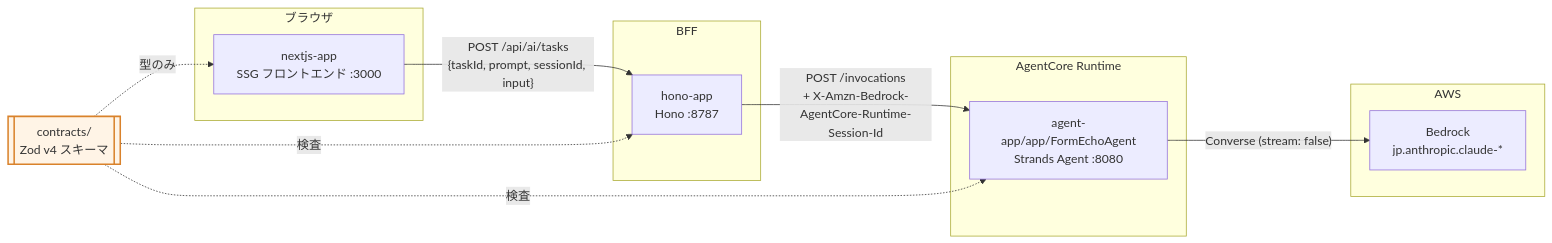
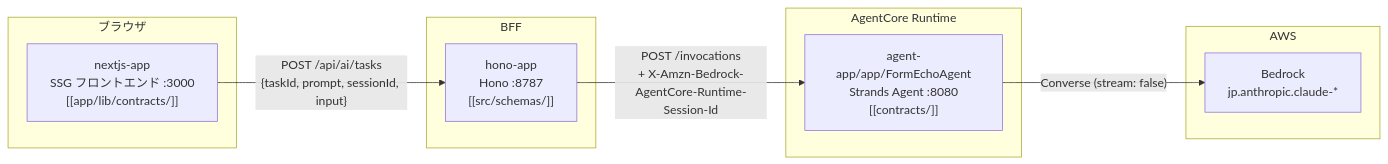
One commit to ag-ke-nakamura/form-echo-agent changed the first of 8 diagrams in docs/architecture.md. Above: the diagram before and after it, drawn with Mermaid. The commit also changed other lines of this file and 23 other files, not shown here.

````diff
--- a/docs/architecture.md
+++ b/docs/architecture.md
@@ -9,31 +9,22 @@
 ```mermaid
 graph LR
     subgraph browser["ブラウザ"]
-        UI["nextjs-app<br/>SSG フロントエンド :3000"]
+        UI["nextjs-app<br/>SSG フロントエンド :3000<br/>[[app/lib/contracts/]]"]
     end
 
     subgraph bff_box["BFF"]
-        BFF["hono-app<br/>Hono :8787"]
+        BFF["hono-app<br/>Hono :8787<br/>[[src/schemas/]]"]
     end
 
     subgraph runtime_box["AgentCore Runtime"]
-        RT["agent-app/app/FormEchoAgent<br/>Strands Agent :8080"]
+        RT["agent-app/app/FormEchoAgent<br/>Strands Agent :8080<br/>[[contracts/]]"]
     end
 
     subgraph aws["AWS"]
         BR["Bedrock<br/>jp.anthropic.claude-*"]
     end
 
-    CT[["contracts/<br/>Zod v4 スキーマ"]]
-
     UI -->|"POST /api/ai/tasks<br/>{taskId, prompt, sessionId, input}"| BFF
     BFF -->|"POST /invocations<br/>+ X-Amzn-Bedrock-AgentCore-Runtime-Session-Id"| RT
     RT -->|"Converse (stream: false)"| BR
-
-    CT -.->|型のみ| UI
-    CT -.->|検査| BFF
-    CT -.->|検査| RT
-
-    classDef contract fill:#fff4e6,stroke:#d9822b,stroke-width:2px
-    class CT contract
 ```
````
